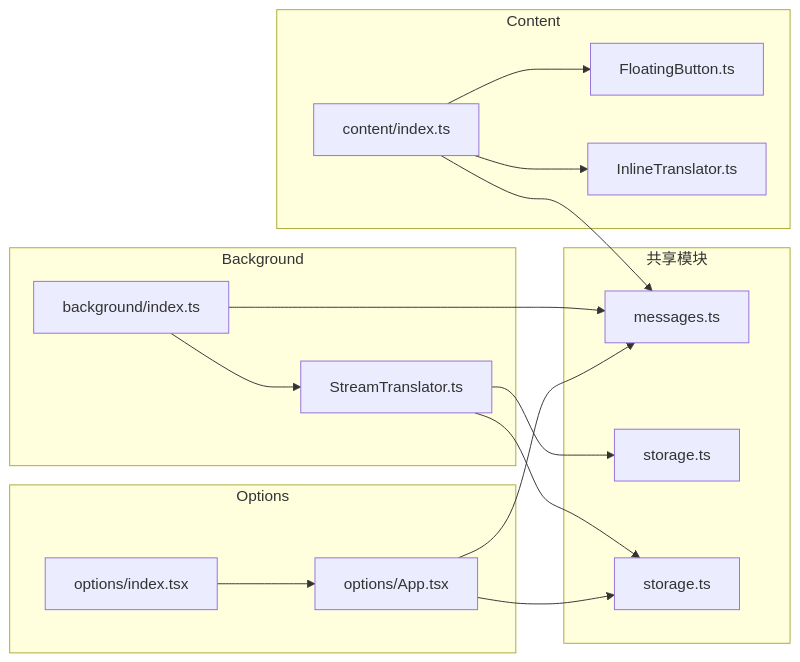
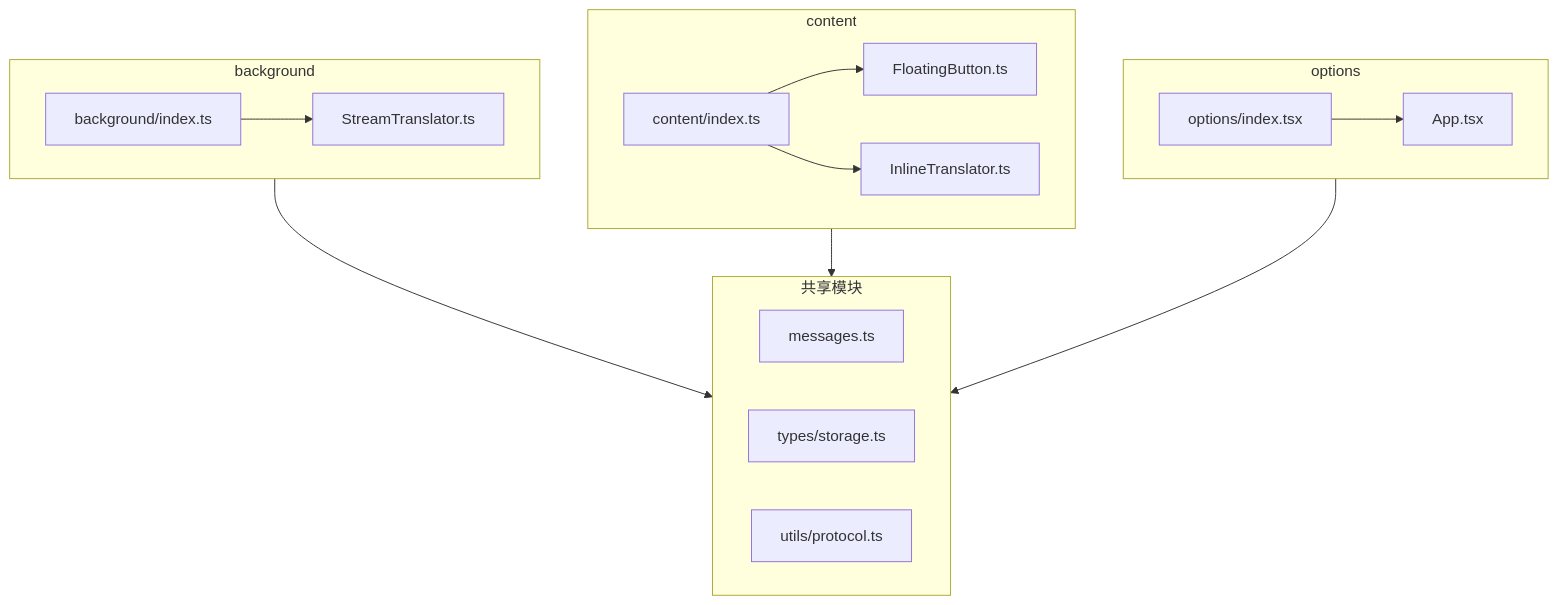
One commit to Nickyzj628/llm-streaming-translate changed the third of 3 diagrams in docs/flowchart.md. Above: the diagram before and after it, drawn with Mermaid. The commit also changed other lines of this file and 2 other files, not shown here.

Commit message:
docs: 更新流程图

````diff
--- a/docs/flowchart.md
+++ b/docs/flowchart.md
@@ -195,35 +89,25 @@
 ```mermaid
-flowchart LR
-    subgraph Content
-        CI[content/index.ts]
-        FB[FloatingButton.ts]
-        IT[InlineTranslator.ts]
+flowchart TB
+    subgraph Shared["共享模块"]
+        TM[messages.ts]
+        TS[types/storage.ts]
+        PR[utils/protocol.ts]
     end
 
-    subgraph Background
-        BI[background/index.ts]
-        ST[StreamTranslator.ts]
+    subgraph Background["background"]
+        BI[background/index.ts] --> ST[StreamTranslator.ts]
     end
 
-    subgraph Options
-        OI[options/index.tsx]
-        OA[options/App.tsx]
+    subgraph Content["content"]
+        CI[content/index.ts] --> FB[FloatingButton.ts]
+        CI --> IT[InlineTranslator.ts]
     end
 
-    subgraph Shared["共享模块"]
-        TM[messages.ts]
-        TS[storage.ts]
-        US[storage.ts]
+    subgraph Options["options"]
+        OI[options/index.tsx] --> OA[App.tsx]
     end
 
-    CI --> FB
-    CI --> IT
-    CI --> TM
-    BI --> ST
-    BI --> TM
-    ST --> TS
-    ST --> US
-    OA --> US
-    OA --> TM
-    OI --> OA
+    Background --> Shared
+    Content --> Shared
+    Options --> Shared
 ```
````
